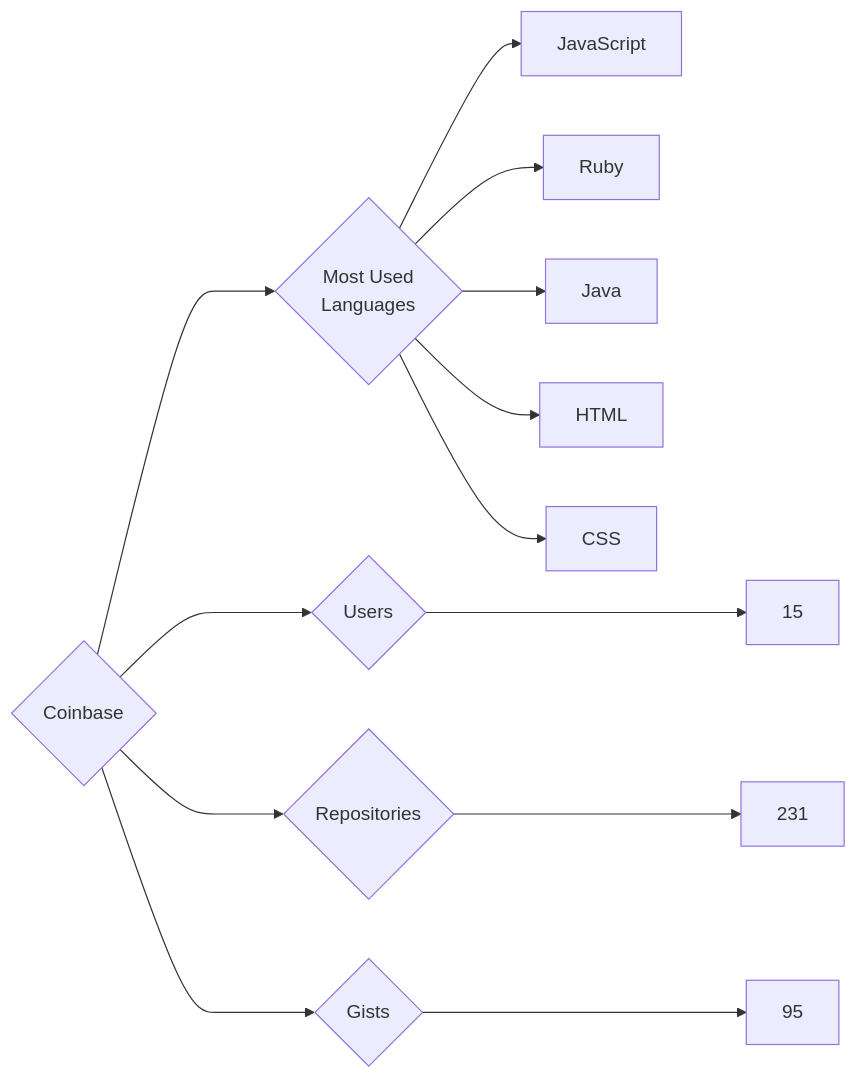
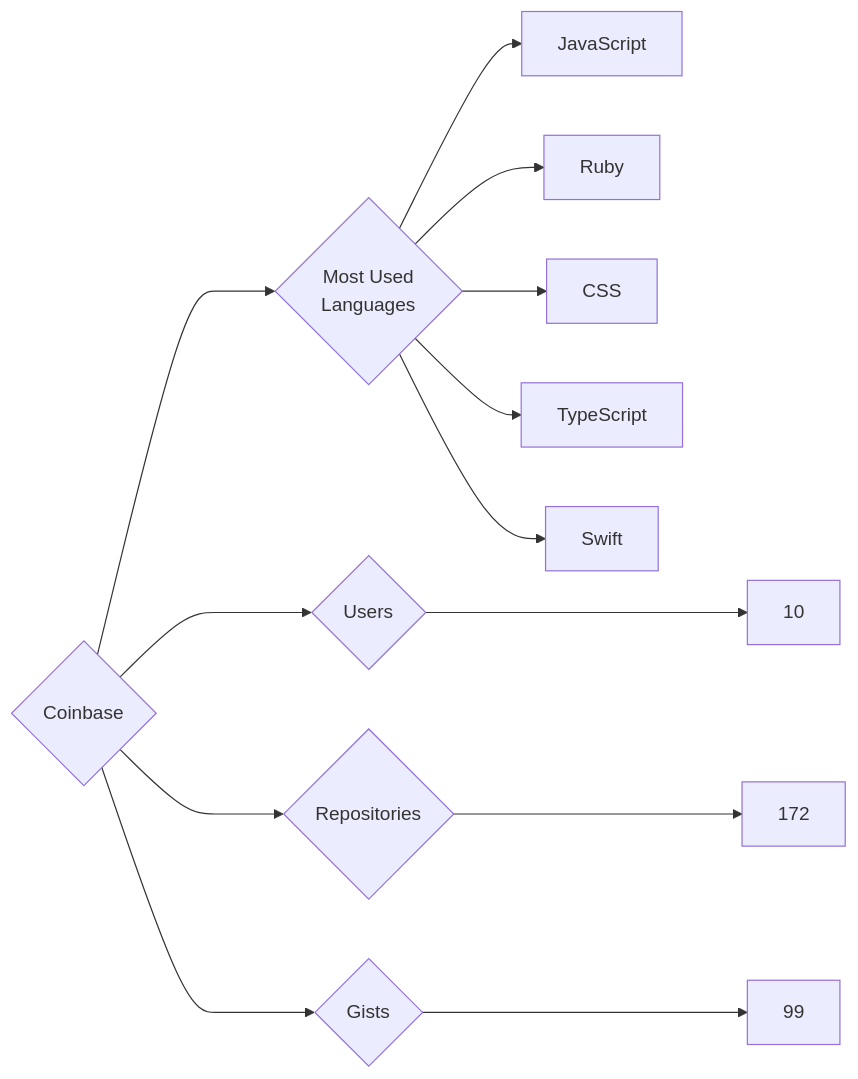
One commit to trickest/insiders changed the diagram in targets/Coinbase/README.md. Above: the diagram before and after it, drawn with Mermaid. The commit also changed 1238 other files, not shown here.

````diff
--- a/targets/Coinbase/README.md
+++ b/targets/Coinbase/README.md
@@ -3,13 +3,13 @@
 ```mermaid
 graph LR
 COMPANY_NAME{Coinbase}
-COMPANY_NAME ---> U{Users} ---> UN[15]
-COMPANY_NAME ---> R{Repositories} ---> RN[231]
-COMPANY_NAME ---> G{Gists} ---> GN[95]
+COMPANY_NAME ---> U{Users} ---> UN[10]
+COMPANY_NAME ---> R{Repositories} ---> RN[172]
+COMPANY_NAME ---> G{Gists} ---> GN[99]
 COMPANY_NAME ---> ML{Most Used<br>Languages}
 ML --> JavaScript[JavaScript]
 ML --> Ruby[Ruby]
-ML --> Java[Java]
-ML --> HTML[HTML]
 ML --> CSS[CSS]
+ML --> TypeScript[TypeScript]
+ML --> Swift[Swift]
 ```
````
